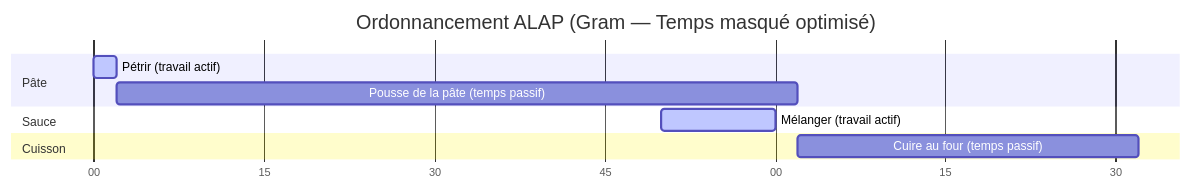
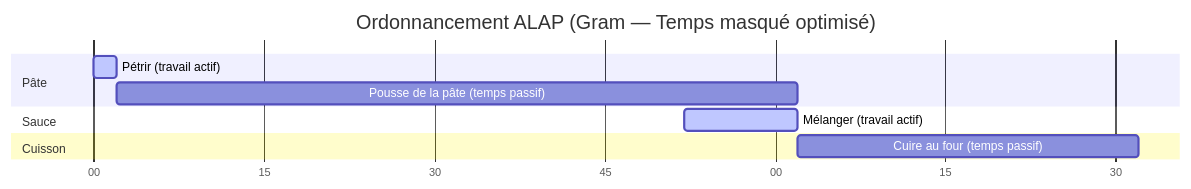
One commit to gram-lang/gram changed the second of 5 diagrams in packages/docs/src/content/docs/fr/docs/explanation/alap-scheduling.mdx. Above: the diagram before and after it, drawn with Mermaid. The commit also changed other lines of this file and 1 other file, not shown here.

Commit message:
docs: fix Mermaid Gantt timings in ALAP scheduling explanation

````diff
--- a/packages/docs/src/content/docs/fr/docs/explanation/alap-scheduling.mdx
+++ b/packages/docs/src/content/docs/fr/docs/explanation/alap-scheduling.mdx
@@ -55,16 +55,16 @@
 ```mermaid
 gantt
     title Ordonnancement ALAP (Gram — Temps masqué optimisé)
     dateFormat  m
     axisFormat %M
     
     section Pâte
     Pétrir (travail actif)              : active, b1, 0, 2m
     Pousse de la pâte (temps passif)    : b2, after b1, 60m
     
     section Sauce
-    Mélanger (travail actif)            : active, b3, 50, 10m
+    Mélanger (travail actif)            : active, b3, 52, 10m
     
     section Cuisson
     Cuire au four (temps passif)        : b4, after b2, 30m
 ```
````
